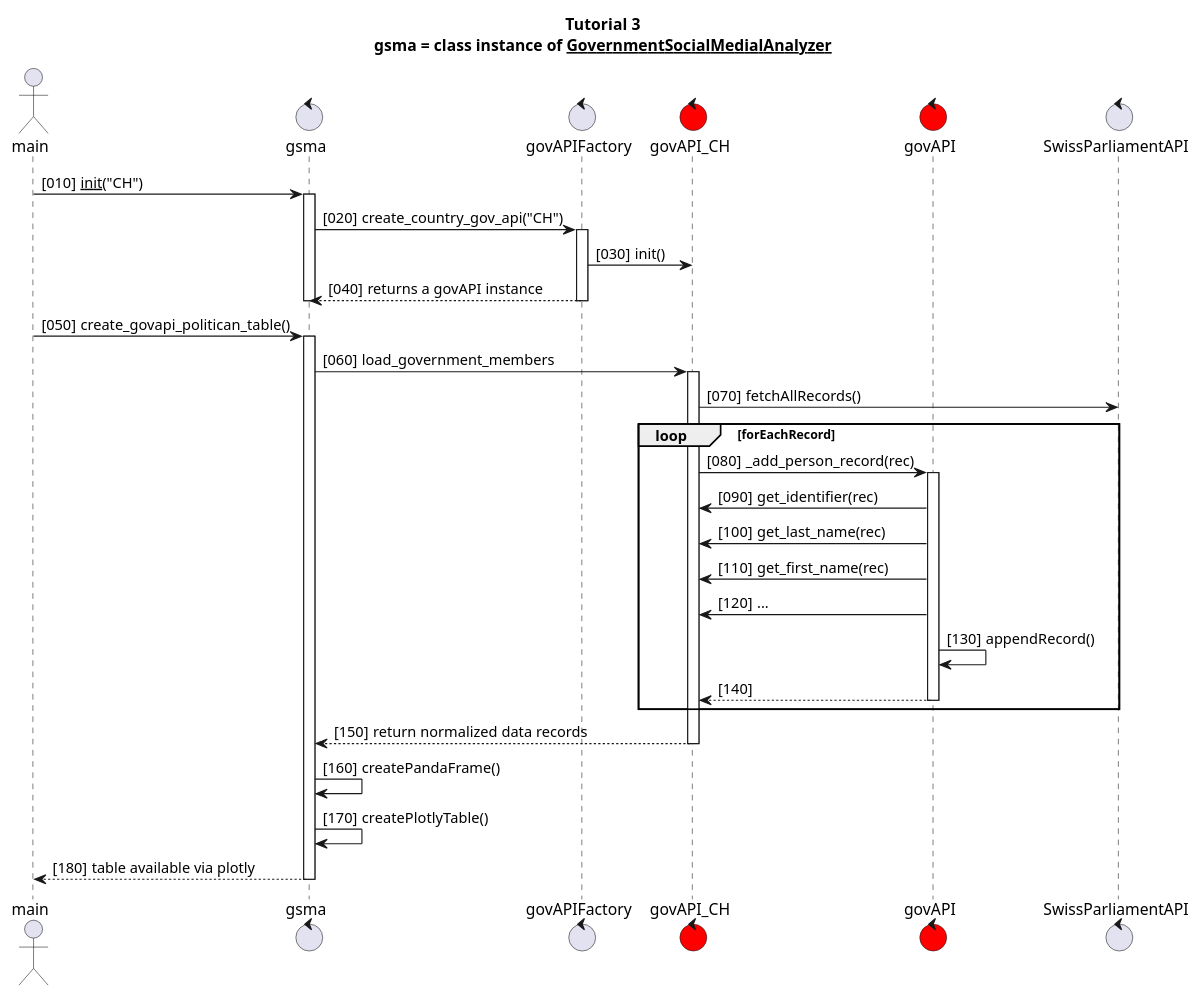
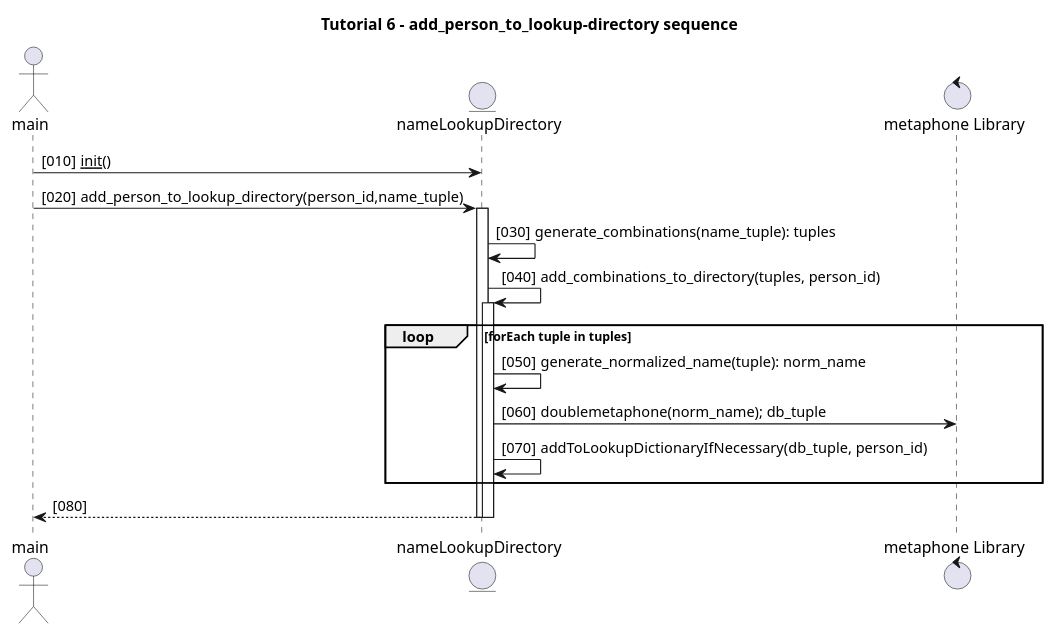
The diagram in model/lesson3-sequence.puml (talfco/clb-sentiment), drawn with PlantUML before and after one commit. The commit also changed 19 other files, not shown here.

```diff
--- a/model/lesson3-sequence.puml
+++ b/model/lesson3-sequence.puml
@@ -1,52 +1,34 @@
 @startuml
 title
-  Tutorial 3
-  gsma = class instance of __GovernmentSocialMedialAnalyzer__
+  Tutorial 6 - add_person_to_lookup-directory sequence
 end title
 actor main
-control gsma
-control govAPIFactory
-control govAPI_CH #red
-control govAPI #red
-control SwissParliamentAPI
+entity nameLookupDirectory as gsma
+control "metaphone Library" as meta
+
 
 autonumber 10 10 "[000]"
-main -> gsma: __init__("CH")
+main -> gsma: __init__()
+
+main -> gsma: add_person_to_lookup_directory(person_id,name_tuple)
 activate gsma
-    gsma -> govAPIFactory: create_country_gov_api("CH")
-    activate govAPIFactory
-        govAPIFactory -> govAPI_CH: init()
-        govAPIFactory --> gsma: returns a govAPI instance
-    deactivate govAPIFactory
-deactivate gsma
-main -> gsma: create_govapi_politican_table()
-activate gsma
-    gsma -> govAPI_CH: load_government_members
-    activate govAPI_CH
-        govAPI_CH -> SwissParliamentAPI: fetchAllRecords()
-        loop forEachRecord
-            govAPI_CH -> govAPI: _add_person_record(rec)
-            activate govAPI
-            govAPI -> govAPI_CH: get_identifier(rec)
-            govAPI -> govAPI_CH: get_last_name(rec)
-            govAPI -> govAPI_CH: get_first_name(rec)
-            govAPI -> govAPI_CH: ...
-            govAPI -> govAPI: appendRecord()
-            govAPI --> govAPI_CH
-            deactivate govAPI
+    gsma -> gsma: generate_combinations(name_tuple): tuples
+    gsma -> gsma: add_combinations_to_directory(tuples, person_id)
+    activate gsma
+        loop forEach tuple in tuples
+            gsma -> gsma: generate_normalized_name(tuple): norm_name
+            gsma -> meta: doublemetaphone(norm_name); db_tuple
+            gsma -> gsma: addToLookupDictionaryIfNecessary(db_tuple, person_id)
+
         end
-        govAPI_CH --> gsma: return normalized data records
-    deactivate govAPI_CH
-        gsma -> gsma: createPandaFrame()
-        gsma -> gsma: createPlotlyTable()
-        gsma --> main: table available via plotly
-
+                 gsma --> main
+    deactivate gsma
 deactivate gsma
 
 
 
 
 
 
 
 @enduml
```
